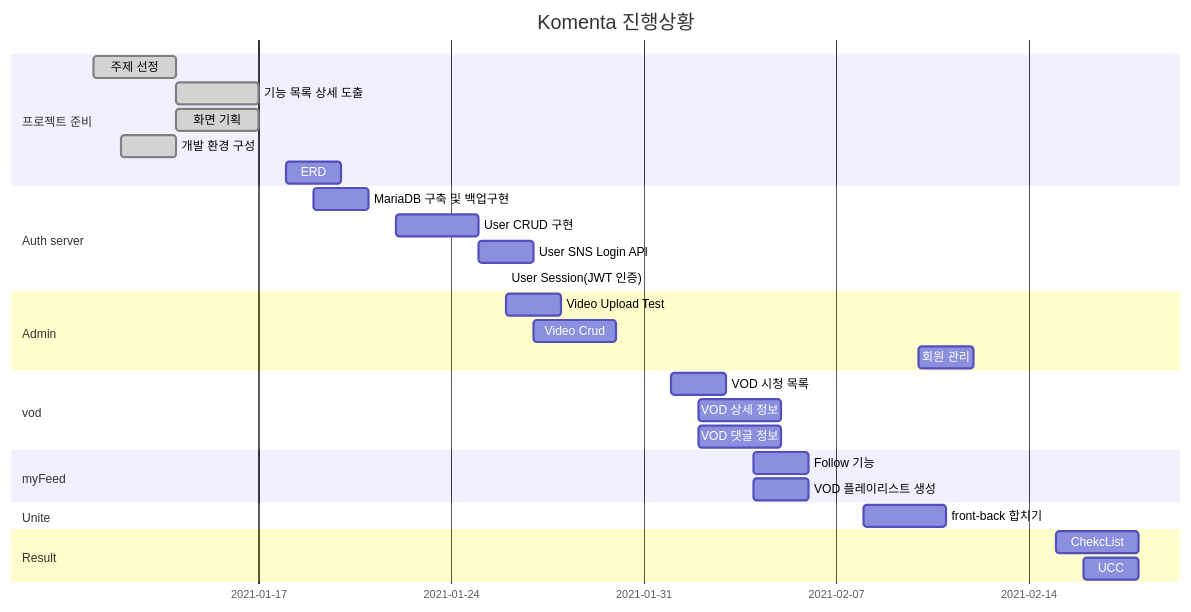
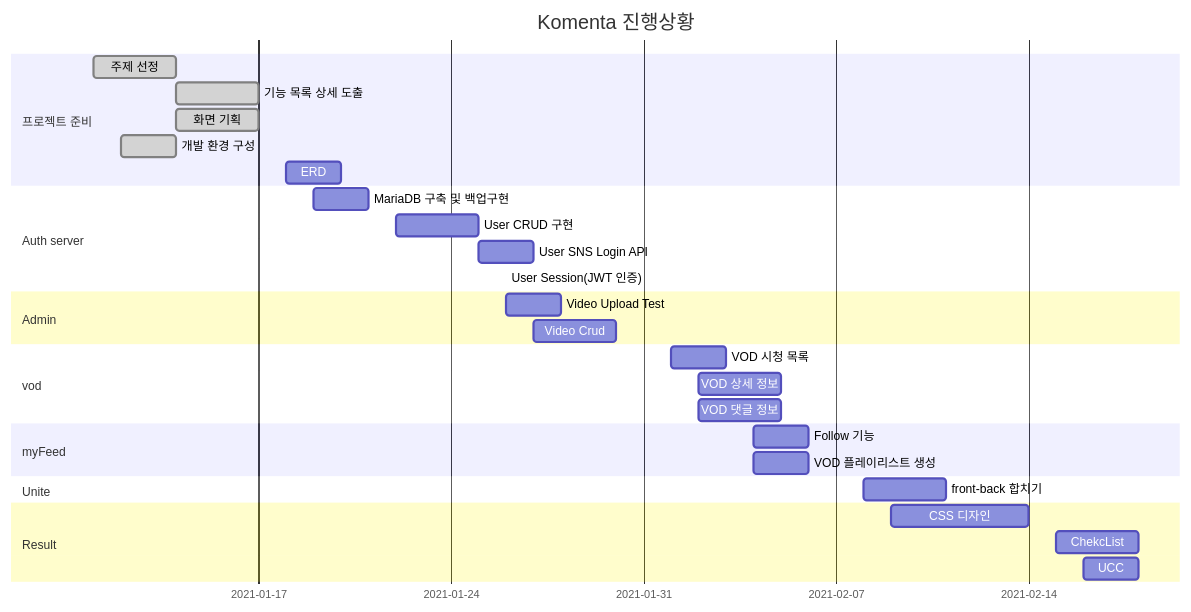
Before and after one commit to jaeseok-go/Komenta: the diagram in README.md, drawn with Mermaid.

````diff
--- a/README.md
+++ b/README.md
@@ -50,43 +50,43 @@
 ```mermaid
 gantt
     dateFormat  MM-DD
     title       Komenta 진행상황
     %% excludes    weekends
     %% (`excludes` accepts specific dates in YYYY-MM-DD format, days of the week ("sunday") or "weekends", but not the word "weekdays".)
 
     section 프로젝트 준비
     주제 선정				  :done, 01-11, 01-14
     기능 목록 상세 도출			:done, 01-14, 3d
     화면 기획				  :done, 01-14, 3d
     개발 환경 구성             :done, 01-12, 2d
     ERD                     : 01-18, 2d
 
     section Auth server
     MariaDB 구축 및 백업구현     	 :01-19, 2d
     User CRUD 구현 		   :01-22, 3d
     User SNS Login API          :01-25, 2d
     User Session(JWT 인증)       :01-26, 1-27
 
     section Admin
     Video Upload Test       :01-26, 2d
     Video Crud          :01-27, 3d
-    회원 관리         :02-10, 2d
 
     section vod
     VOD 시청 목록   :02-01, 2d
     VOD 상세 정보   :02-02, 3d
     VOD 댓글 정보   :02-02, 3d
     
     section myFeed
     Follow 기능            :02-04,2d
     VOD 플레이리스트 생성   :02-04, 2d
 
     section Unite
     front-back 합치기  :02-08, 3d
     
     section Result
+    CSS 디자인         :02-09, 5d
     ChekcList       : 02-15, 3d
     UCC           :02-16, 2d
     
     %%section 기타
 ```
````
